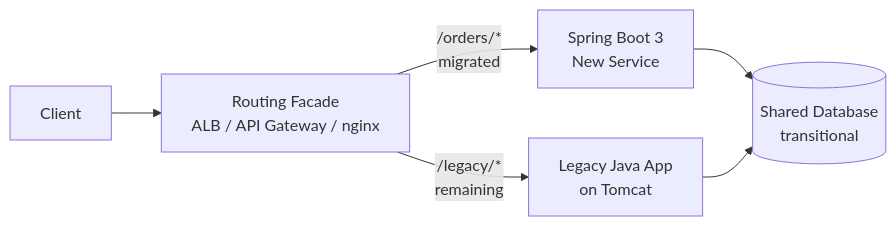
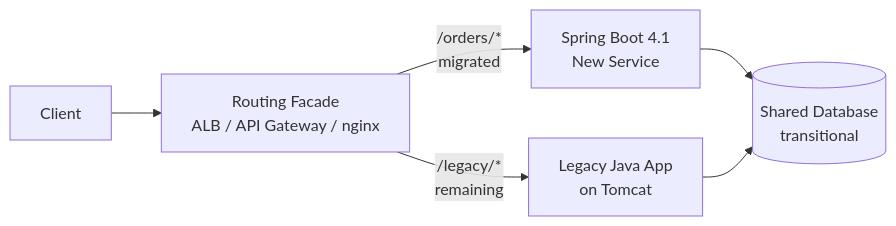
One commit to davidcslau/enterprise-modernization-analyzer changed the third of 4 diagrams in steering/java-to-springboot.md. Above: the diagram before and after it, drawn with Mermaid. The commit also changed other lines of this file and 5 other files, not shown here.

First line of the commit message:
release: v4.0.0 — .NET 10 and Spring Boot 4.1 on Java 21/25

````diff
--- a/steering/java-to-springboot.md
+++ b/steering/java-to-springboot.md
@@ -1276,8 +1276,8 @@
 ```mermaid
 flowchart LR
     Client[Client] --> Facade[Routing Facade<br/>ALB / API Gateway / nginx]
-    Facade -->|/orders/*<br/>migrated| Boot[Spring Boot 3<br/>New Service]
+    Facade -->|/orders/*<br/>migrated| Boot[Spring Boot 4.1<br/>New Service]
     Facade -->|/legacy/*<br/>remaining| Legacy[Legacy Java App<br/>on Tomcat]
     Boot --> SharedDB[(Shared Database<br/>transitional)]
     Legacy --> SharedDB
 ```
````
